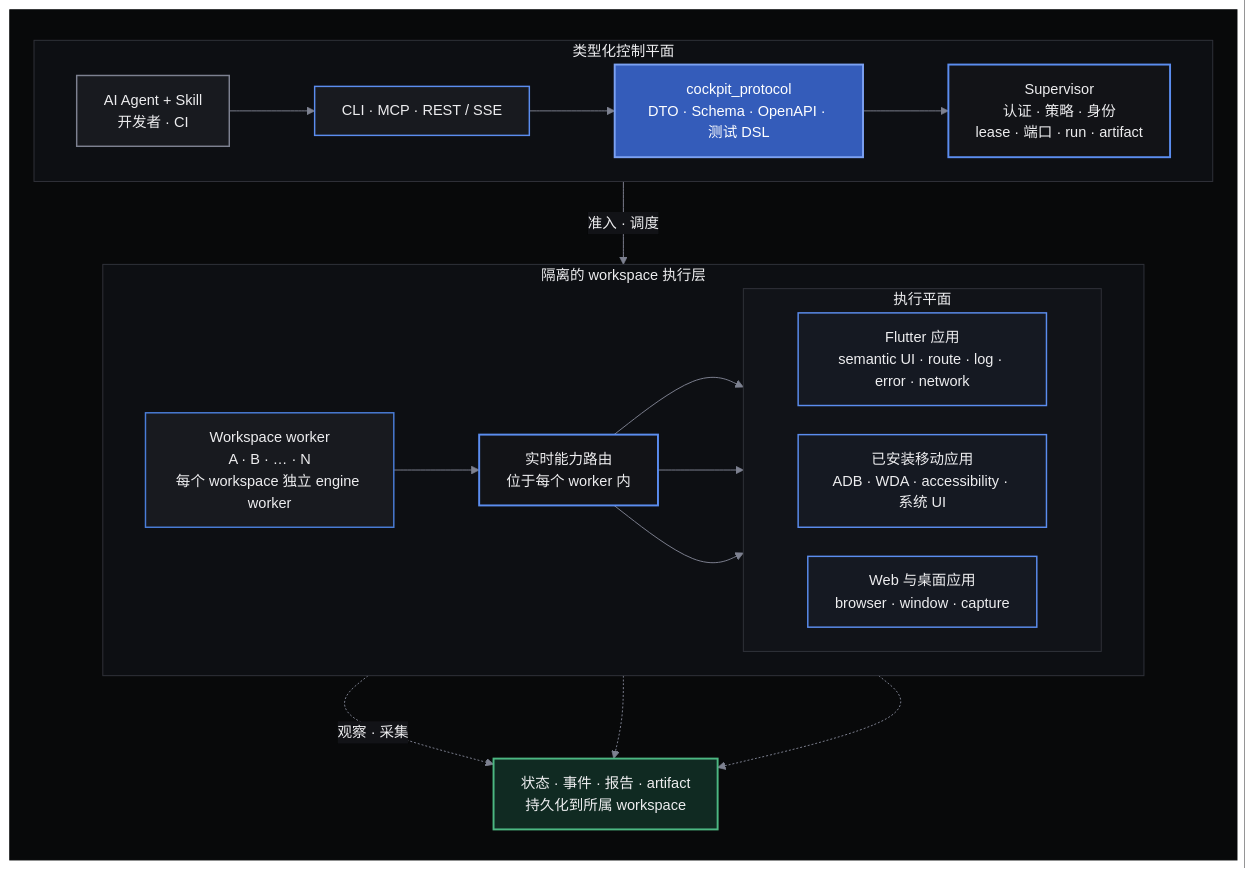
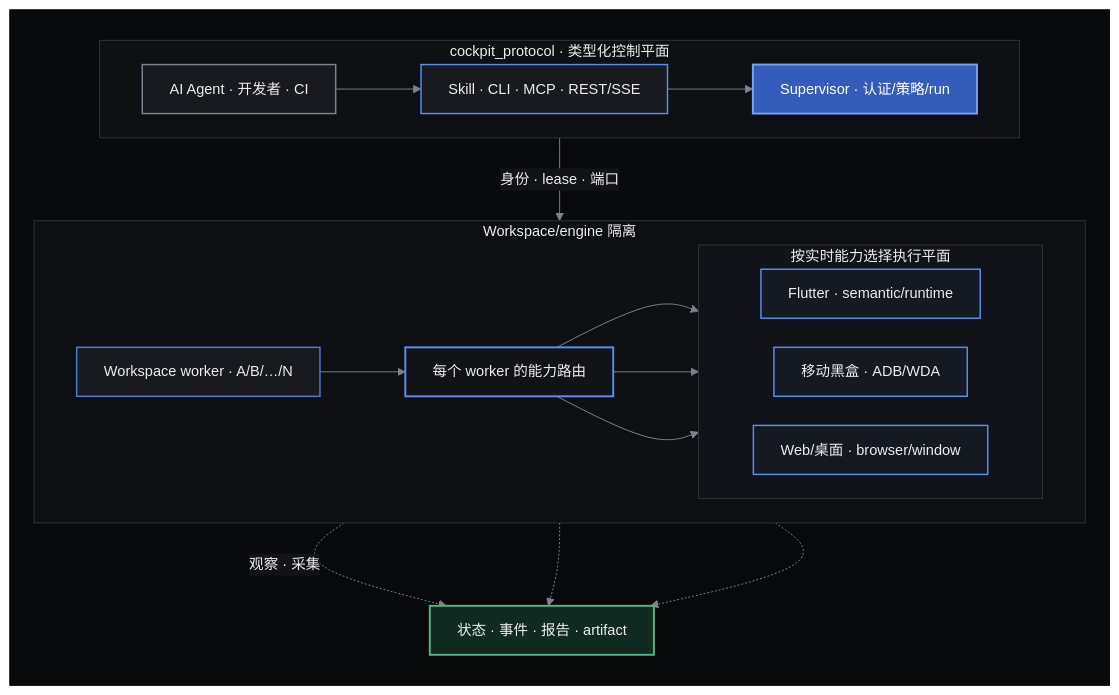
The diagram in README.zh-CN.md (cockpit-dev/cockpit), drawn with Mermaid before and after one commit. The commit also changed 1 other file, not shown here.

Commit message:
docs: optimize architecture diagram for GitHub

````diff
--- a/README.zh-CN.md
+++ b/README.zh-CN.md
@@ -110,61 +110,60 @@
 ```mermaid
 %%{init: {"theme": "base", "themeVariables": {"darkMode": true, "background": "#08090A", "fontFamily": "system-ui, -apple-system, BlinkMacSystemFont, Segoe UI, sans-serif", "fontSize": "15px", "primaryColor": "#181A1F", "primaryTextColor": "#EDEDEF", "primaryBorderColor": "#5B8DEF", "lineColor": "#7D8190", "secondaryColor": "#121317", "tertiaryColor": "#0D0F13", "clusterBkg": "#0D0F13", "clusterBorder": "#30323A", "edgeLabelBackground": "#121317"}, "flowchart": {"curve": "basis", "nodeSpacing": 30, "rankSpacing": 38, "padding": 14}}}%%
 flowchart TB
   subgraph Architecture[" "]
     direction TB
-  subgraph ControlPath["类型化控制平面"]
+  subgraph ControlPath["cockpit_protocol · 类型化控制平面"]
     direction LR
-    Actors["AI Agent + Skill<br/>开发者 · CI"]
-    Surfaces["CLI · MCP · REST / SSE"]
-    Contract["cockpit_protocol<br/>DTO · Schema · OpenAPI · 测试 DSL"]
-    Supervisor["Supervisor<br/>认证 · 策略 · 身份<br/>lease · 端口 · run · artifact"]
-    Actors --> Surfaces --> Contract --> Supervisor
+    Actors["AI Agent · 开发者 · CI"]
+    Surfaces["Skill · CLI · MCP · REST/SSE"]
+    Supervisor["Supervisor · 认证/策略/run"]
+    Actors --> Surfaces --> Supervisor
   end
 
-  subgraph RuntimePath["隔离的 workspace 执行层"]
+  subgraph RuntimePath["Workspace/engine 隔离"]
     direction LR
-    Workers["Workspace worker<br/>A · B · … · N<br/>每个 workspace 独立 engine worker"]
-    Router["实时能力路由<br/>位于每个 worker 内"]
+    Workers["Workspace worker · A/B/…/N"]
+    Router["每个 worker 的能力路由"]
 
-    subgraph Planes["执行平面"]
+    subgraph Planes["按实时能力选择执行平面"]
       direction LR
-      Flutter["Flutter 应用<br/>semantic UI · route · log · error · network"]
-      Native["已安装移动应用<br/>ADB · WDA · accessibility · 系统 UI"]
-      Desktop["Web 与桌面应用<br/>browser · window · capture"]
+      Flutter["Flutter · semantic/runtime"]
+      Native["移动黑盒 · ADB/WDA"]
+      Desktop["Web/桌面 · browser/window"]
     end
 
     Workers --> Router
     Router --> Flutter
     Router --> Native
     Router --> Desktop
   end
 
-  Evidence["状态 · 事件 · 报告 · artifact<br/>持久化到所属 workspace"]
+  Evidence["状态 · 事件 · 报告 · artifact"]
 
-  Supervisor -->|准入 · 调度| Workers
+  Supervisor -->|身份 · lease · 端口| Workers
   Flutter -.->|观察 · 采集| Evidence
   Native -.-> Evidence
   Desktop -.-> Evidence
   end
 
   classDef actor fill:#181A1F,stroke:#7D8190,color:#EDEDEF,stroke-width:1.5px
   classDef surface fill:#181A1F,stroke:#5B8DEF,color:#EDEDEF,stroke-width:1.5px
-  classDef contract fill:#345CBA,stroke:#7BA1F2,color:#FFFFFF,stroke-width:2px
+  classDef primary fill:#345CBA,stroke:#7BA1F2,color:#FFFFFF,stroke-width:2px
   classDef control fill:#121317,stroke:#5B8DEF,color:#EDEDEF,stroke-width:2px
   classDef worker fill:#181A1F,stroke:#4A7DD8,color:#EDEDEF,stroke-width:1.5px
   classDef plane fill:#151922,stroke:#5B8DEF,color:#EDEDEF,stroke-width:1.5px
   classDef evidence fill:#102A22,stroke:#4CB782,color:#EDEDEF,stroke-width:2px
 
   class Actors actor
   class Surfaces surface
-  class Contract contract
-  class Supervisor,Router control
+  class Supervisor primary
+  class Router control
   class Workers worker
   class Flutter,Native,Desktop plane
   class Evidence evidence
 
   style Architecture fill:#08090A,stroke:#08090A,color:#EDEDEF
   style ControlPath fill:#0D0F13,stroke:#30323A,color:#EDEDEF
   style RuntimePath fill:#0D0F13,stroke:#30323A,color:#EDEDEF
   style Planes fill:#111318,stroke:#30323A,color:#EDEDEF
 ```
````
